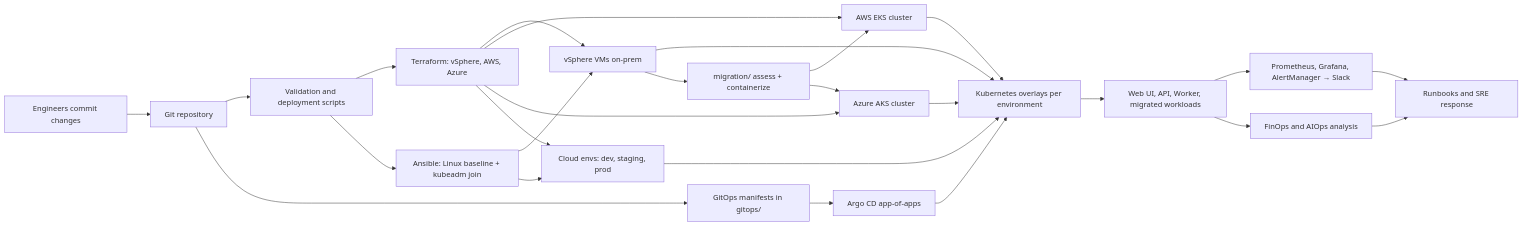
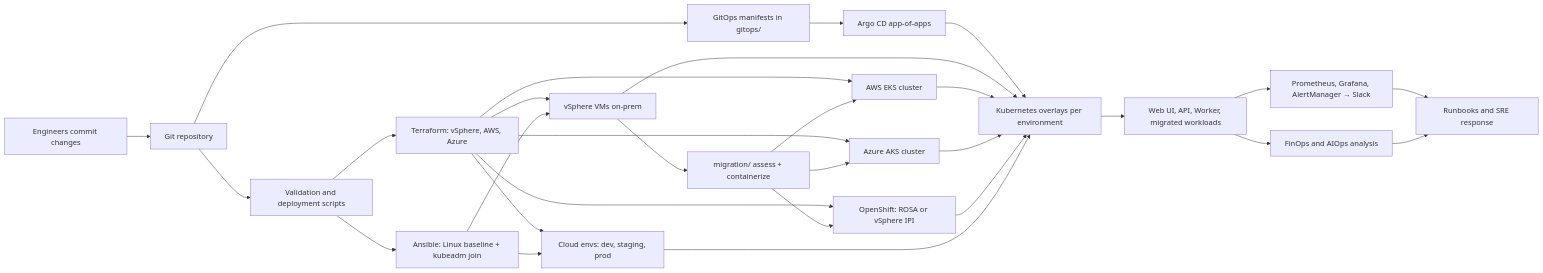
The diagram in README.md (Here2ServeU/nawex-hybrid-devops-platform), drawn with Mermaid before and after one commit. The commit also changed other lines of this file and 25 other files, not shown here.

````diff
--- a/README.md
+++ b/README.md
@@ -13,28 +13,31 @@
 ```mermaid
 flowchart LR
     Dev[Engineers commit changes] --> GH[Git repository]
     GH --> CI[Validation and deployment scripts]
     CI --> TF[Terraform: vSphere, AWS, Azure]
     CI --> ANS[Ansible: Linux baseline + kubeadm join]
     GH --> GO[GitOps manifests in gitops/]
     GO --> ARGO[Argo CD app-of-apps]
     ARGO --> K8S[Kubernetes overlays per environment]
     TF --> VS[vSphere VMs on-prem]
     TF --> EKS[AWS EKS cluster]
     TF --> AKS[Azure AKS cluster]
+    TF --> OCP[OpenShift: ROSA or vSphere IPI]
     TF --> CLOUD[Cloud envs: dev, staging, prod]
     ANS --> VS
     ANS --> CLOUD
     VS --> K8S
     EKS --> K8S
     AKS --> K8S
+    OCP --> K8S
     CLOUD --> K8S
     VS --> MIG[migration/ assess + containerize]
     MIG --> EKS
     MIG --> AKS
+    MIG --> OCP
     K8S --> APPS[Web UI, API, Worker, migrated workloads]
     APPS --> OBS[Prometheus, Grafana, AlertManager → Slack]
     OBS --> OPS[Runbooks and SRE response]
     APPS --> FIN[FinOps and AIOps analysis]
     FIN --> OPS
 ```
````
